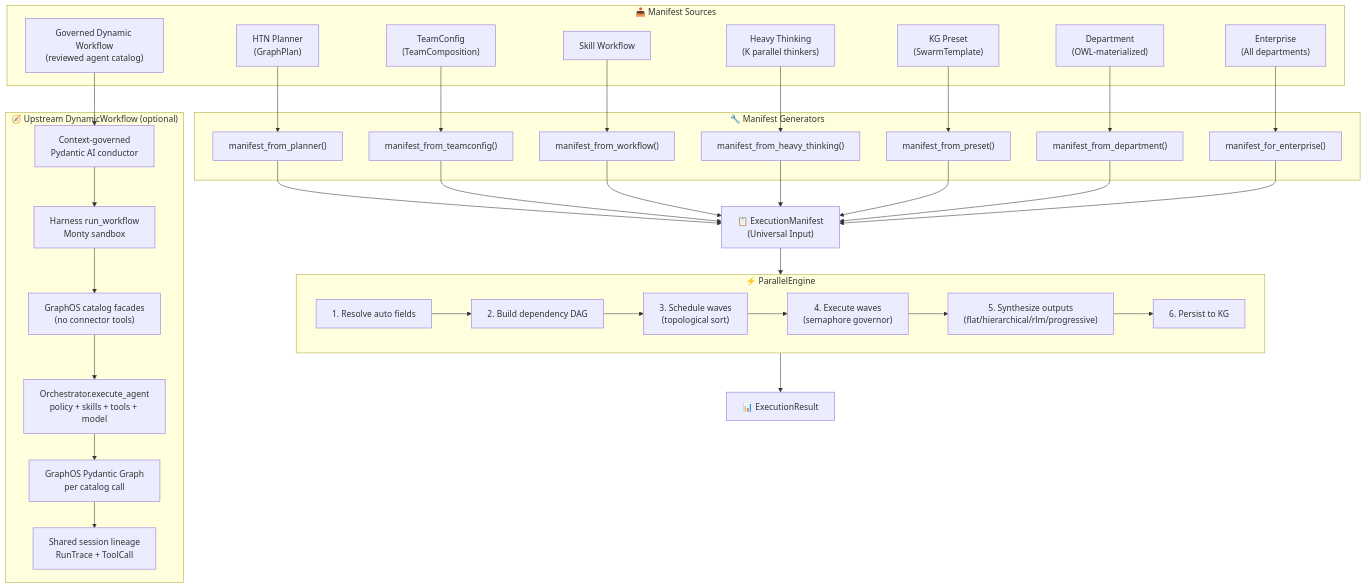
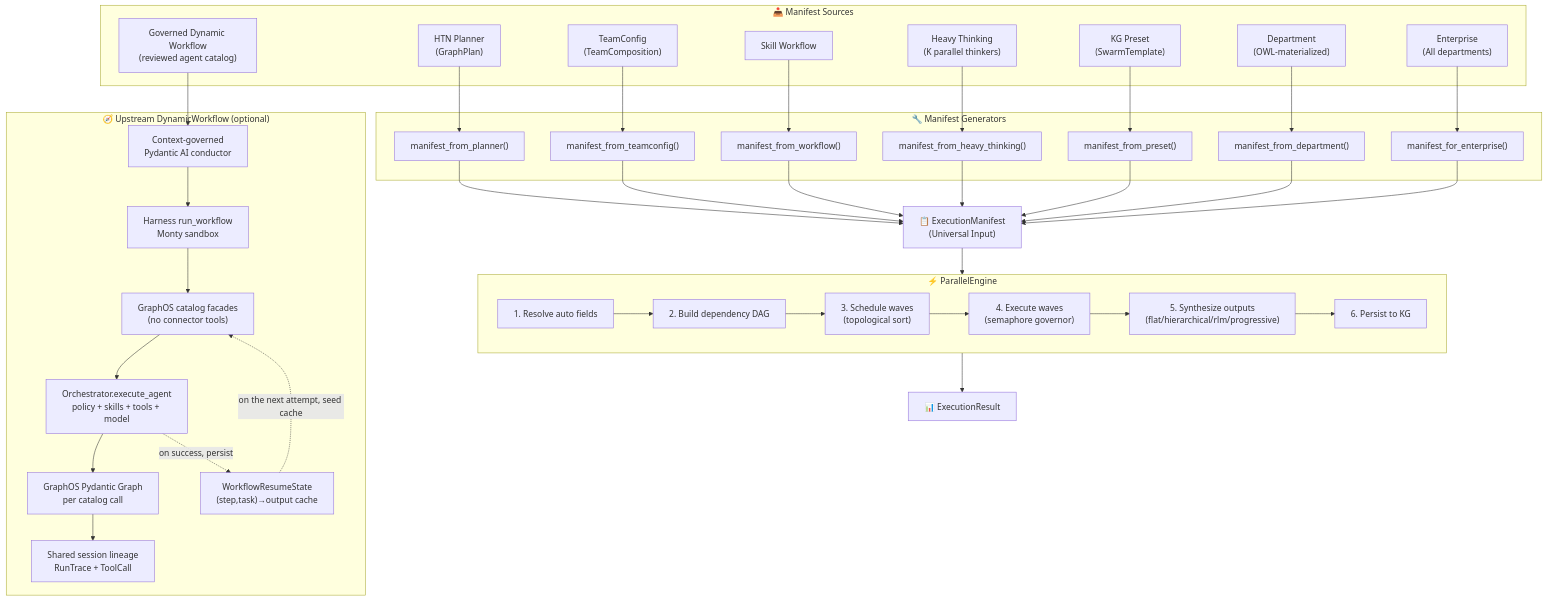
Before and after one commit to Knuckles-Team/agent-utilities: the first of 2 diagrams in docs/pillars/1_graph_orchestration/ORCH-1.8-Parallel_Engine.md, drawn with Mermaid. The commit also changed other lines of this file and 6 other files, not shown here.

````diff
--- a/docs/pillars/1_graph_orchestration/ORCH-1.8-Parallel_Engine.md
+++ b/docs/pillars/1_graph_orchestration/ORCH-1.8-Parallel_Engine.md
@@ -24,60 +24,63 @@
 ```mermaid
 graph TB
     subgraph INPUT["📥 Manifest Sources"]
         PLANNER["HTN Planner<br/>(GraphPlan)"]
         TEAM["TeamConfig<br/>(TeamComposition)"]
         WORKFLOW["Skill Workflow"]
         HEAVY["Heavy Thinking<br/>(K parallel thinkers)"]
         PRESET["KG Preset<br/>(SwarmTemplate)"]
         DEPT["Department<br/>(OWL-materialized)"]
         ENTERPRISE["Enterprise<br/>(All departments)"]
         DYNAMIC["Governed Dynamic Workflow<br/>(reviewed agent catalog)"]
     end
 
     subgraph GENERATORS["🔧 Manifest Generators"]
         G1["manifest_from_planner()"]
         G2["manifest_from_teamconfig()"]
         G3["manifest_from_workflow()"]
         G4["manifest_from_heavy_thinking()"]
         G5["manifest_from_preset()"]
         G6["manifest_from_department()"]
         G7["manifest_for_enterprise()"]
     end
 
     MANIFEST["📋 ExecutionManifest<br/>(Universal Input)"]
 
     subgraph ENGINE["⚡ ParallelEngine"]
         RESOLVE["1. Resolve auto fields"]
         DAG["2. Build dependency DAG"]
         SCHEDULE["3. Schedule waves<br/>(topological sort)"]
         EXECUTE["4. Execute waves<br/>(semaphore governor)"]
         SYNTH["5. Synthesize outputs<br/>(flat/hierarchical/rlm/progressive)"]
         PERSIST["6. Persist to KG"]
     end
 
     RESULT["📊 ExecutionResult"]
 
     subgraph HARNESS["🧭 Upstream DynamicWorkflow (optional)"]
         CONDUCTOR["Context-governed<br/>Pydantic AI conductor"]
         MONTY["Harness run_workflow<br/>Monty sandbox"]
         CATALOG["GraphOS catalog facades<br/>(no connector tools)"]
         DISPATCH["Orchestrator.execute_agent<br/>policy + skills + tools + model"]
         AGENTGRAPH["GraphOS Pydantic Graph<br/>per catalog call"]
         RUNTRACE["Shared session lineage<br/>RunTrace + ToolCall"]
+        RESUME["WorkflowResumeState<br/>(step,task)→output cache"]
     end
 
     PLANNER --> G1
     TEAM --> G2
     WORKFLOW --> G3
     HEAVY --> G4
     PRESET --> G5
     DEPT --> G6
     ENTERPRISE --> G7
     DYNAMIC --> CONDUCTOR --> MONTY --> CATALOG --> DISPATCH
     DISPATCH --> AGENTGRAPH --> RUNTRACE
+    DISPATCH -. "on success, persist" .-> RESUME
+    RESUME -. "on the next attempt, seed cache" .-> CATALOG
 
     G1 & G2 & G3 & G4 & G5 & G6 & G7 --> MANIFEST
     MANIFEST --> ENGINE
     RESOLVE --> DAG --> SCHEDULE --> EXECUTE --> SYNTH --> PERSIST
     ENGINE --> RESULT
 ```
````
